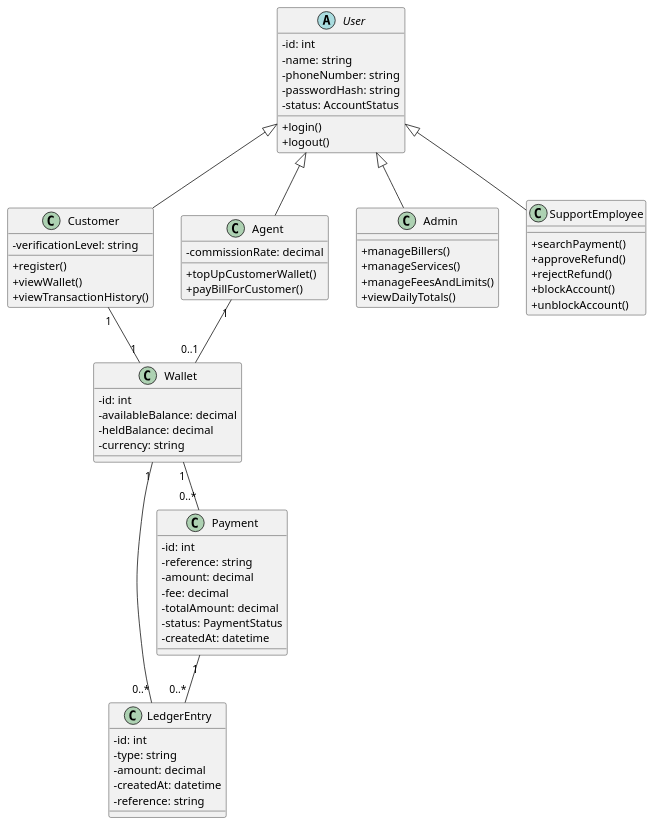
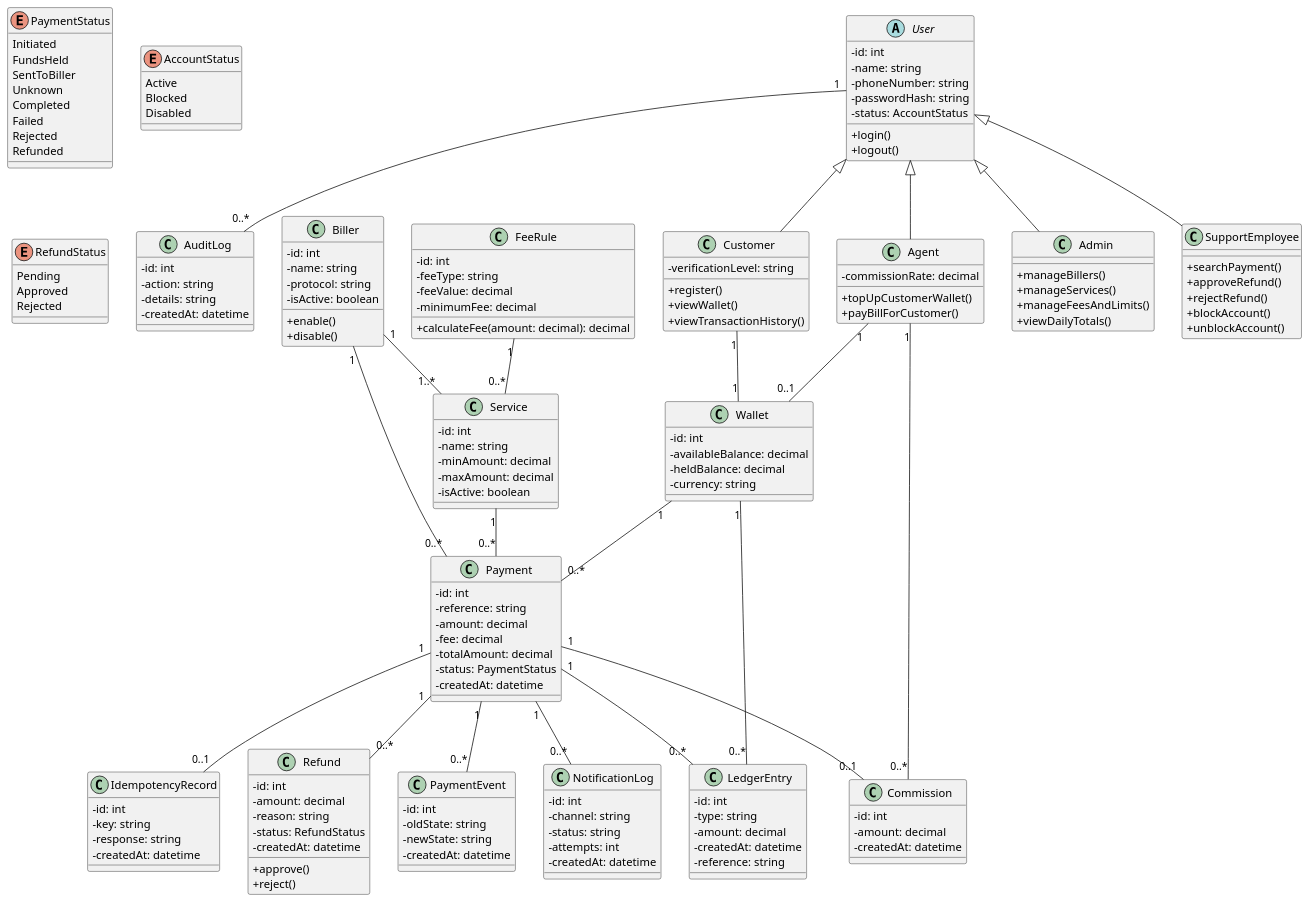
Before and after one commit to yousefshvker-sys/PayLink: the diagram in docs/design/class-diagram.puml, drawn with PlantUML.

Commit message:
complete classes and enums to class diagram

```diff
--- a/docs/design/class-diagram.puml
+++ b/docs/design/class-diagram.puml
@@ -2,79 +2,188 @@
 @startuml
 
 skinparam classAttributeIconSize 0
 
 abstract class User {
     - id: int
     - name: string
     - phoneNumber: string
     - passwordHash: string
     - status: AccountStatus
     + login()
     + logout()
 }
 
 class Customer {
     - verificationLevel: string
     + register()
     + viewWallet()
     + viewTransactionHistory()
 }
 
 class Agent {
     - commissionRate: decimal
     + topUpCustomerWallet()
     + payBillForCustomer()
 }
 
 class Admin {
     + manageBillers()
     + manageServices()
     + manageFeesAndLimits()
     + viewDailyTotals()
 }
 
 class SupportEmployee {
     + searchPayment()
     + approveRefund()
     + rejectRefund()
     + blockAccount()
     + unblockAccount()
 }
 
 class Wallet {
     - id: int
     - availableBalance: decimal
     - heldBalance: decimal
     - currency: string
 }
 
 class LedgerEntry {
     - id: int
     - type: string
     - amount: decimal
     - createdAt: datetime
     - reference: string
 }
 
 class Payment {
     - id: int
     - reference: string
     - amount: decimal
     - fee: decimal
     - totalAmount: decimal
     - status: PaymentStatus
     - createdAt: datetime
 }
 
 User <|-- Customer
 User <|-- Agent
 User <|-- Admin
 User <|-- SupportEmployee
 
 Customer "1" -- "1" Wallet
 Agent "1" -- "0..1" Wallet
 Wallet "1" -- "0..*" LedgerEntry
 Wallet "1" -- "0..*" Payment
 Payment "1" -- "0..*" LedgerEntry
 
+
+class Biller {
+    - id: int
+    - name: string
+    - protocol: string
+    - isActive: boolean
+    + enable()
+    + disable()
+}
+
+class Service {
+    - id: int
+    - name: string
+    - minAmount: decimal
+    - maxAmount: decimal
+    - isActive: boolean
+}
+
+class FeeRule {
+    - id: int
+    - feeType: string
+    - feeValue: decimal
+    - minimumFee: decimal
+    + calculateFee(amount: decimal): decimal
+}
+
+class Refund {
+    - id: int
+    - amount: decimal
+    - reason: string
+    - status: RefundStatus
+    - createdAt: datetime
+    + approve()
+    + reject()
+}
+
+class PaymentEvent {
+    - id: int
+    - oldState: string
+    - newState: string
+    - createdAt: datetime
+}
+
+class Commission {
+    - id: int
+    - amount: decimal
+    - createdAt: datetime
+}
+
+class AuditLog {
+    - id: int
+    - action: string
+    - details: string
+    - createdAt: datetime
+}
+
+class NotificationLog {
+    - id: int
+    - channel: string
+    - status: string
+    - attempts: int
+    - createdAt: datetime
+}
+
+class IdempotencyRecord {
+    - id: int
+    - key: string
+    - response: string
+    - createdAt: datetime
+}
+
+enum PaymentStatus {
+    Initiated
+    FundsHeld
+    SentToBiller
+    Unknown
+    Completed
+    Failed
+    Rejected
+    Refunded
+}
+
+enum AccountStatus {
+    Active
+    Blocked
+    Disabled
+}
+
+enum RefundStatus {
+    Pending
+    Approved
+    Rejected
+}
+
+Biller "1" -- "1..*" Service
+Service "1" -- "0..*" Payment
+Biller "1" -- "0..*" Payment
+FeeRule "1" -- "0..*" Service
+
+Payment "1" -- "0..*" PaymentEvent
+Payment "1" -- "0..*" Refund
+Payment "1" -- "0..*" NotificationLog
+Payment "1" -- "0..1" IdempotencyRecord
+
+Agent "1" -- "0..*" Commission
+Payment "1" -- "0..1" Commission
+
+User "1" -- "0..*" AuditLog
+
 @enduml
```
